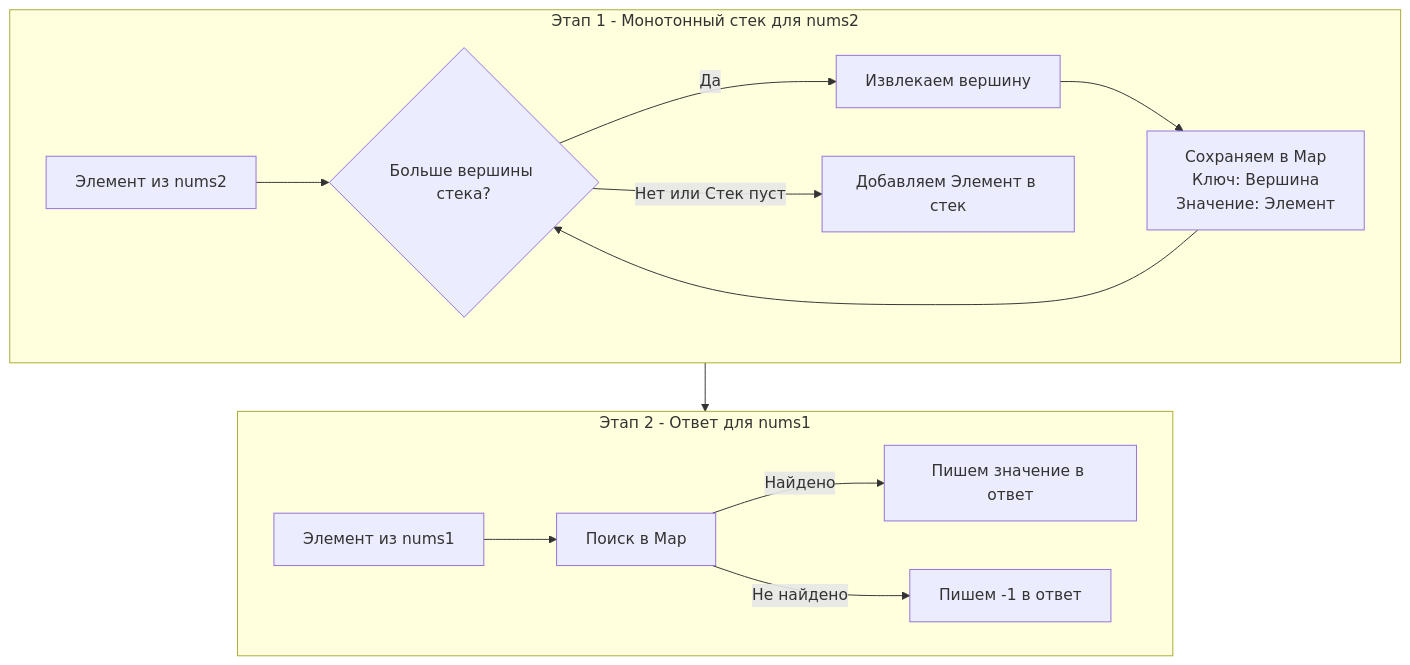
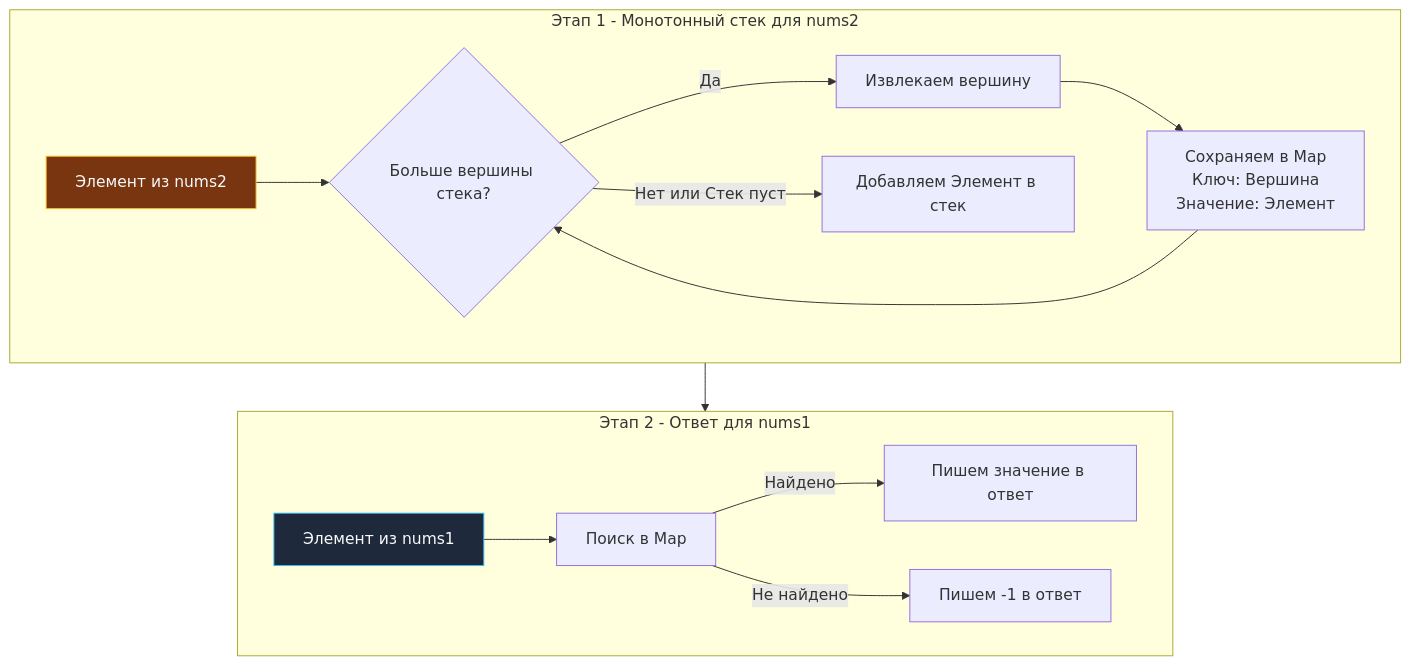
The diagram in sources/21. Задачи с LeetCode и собеседований на Go/02. Задачи/06. Стек/6. Next Greater Element I.md (UnrealTemplier/go-textbook), drawn with Mermaid before and after one commit. The commit also changed 1666 other files, not shown here.

First line of the commit message:
feat(mermaid): add semantic color classDef to 1369 colorless flowchart/graph diagrams

````diff
--- a/sources/21. Задачи с LeetCode и собеседований на Go/02. Задачи/06. Стек/6. Next Greater Element I.md
+++ b/sources/21. Задачи с LeetCode и собеседований на Go/02. Задачи/06. Стек/6. Next Greater Element I.md
@@ -23,18 +23,28 @@
 ```mermaid
 flowchart TD
+    classDef process  fill:#1e293b,stroke:#38bdf8,stroke-width:1px,color:#f8fafc
+    classDef success  fill:#064e3b,stroke:#34d399,stroke-width:1px,color:#f8fafc
+    classDef error    fill:#7f1d1d,stroke:#f87171,stroke-width:1px,color:#f8fafc
+    classDef warning  fill:#78350f,stroke:#fbbf24,stroke-width:1px,color:#f8fafc
+    classDef entry    fill:#1e3a5f,stroke:#38bdf8,stroke-width:2px,color:#f8fafc
+    classDef aux      fill:#334155,stroke:#64748b,stroke-width:1px,color:#f8fafc
+    classDef system   fill:#312e81,stroke:#a78bfa,stroke-width:1px,color:#f8fafc
+    classDef data     fill:#132d29,stroke:#2dd4bf,stroke-width:1px,color:#f8fafc
+    classDef network  fill:#881337,stroke:#fb7185,stroke-width:1px,color:#f8fafc
+    classDef accent   fill:#1e1b4b,stroke:#818cf8,stroke-width:1px,color:#f8fafc
     subgraph Stage1 ["Этап 1 - Монотонный стек для nums2"]
-        Num2["Элемент из nums2"] --> IsGreater{"Больше вершины стека?"}
+        Num2["Элемент из nums2"]:::warning --> IsGreater{"Больше вершины стека?"}
         IsGreater -->|"Да"| Pop["Извлекаем вершину"]
         Pop --> SaveMap["Сохраняем в Map<br>Ключ: Вершина<br>Значение: Элемент"]
         SaveMap --> IsGreater
         IsGreater -->|"Нет или Стек пуст"| Push["Добавляем Элемент в стек"]
     end
     
     subgraph Stage2 ["Этап 2 - Ответ для nums1"]
-        Num1["Элемент из nums1"] --> Lookup["Поиск в Map"]
+        Num1["Элемент из nums1"]:::process --> Lookup["Поиск в Map"]
         Lookup -->|"Найдено"| Res1["Пишем значение в ответ"]
         Lookup -->|"Не найдено"| Res2["Пишем -1 в ответ"]
     end
     
     Stage1 --> Stage2
 ```
````
